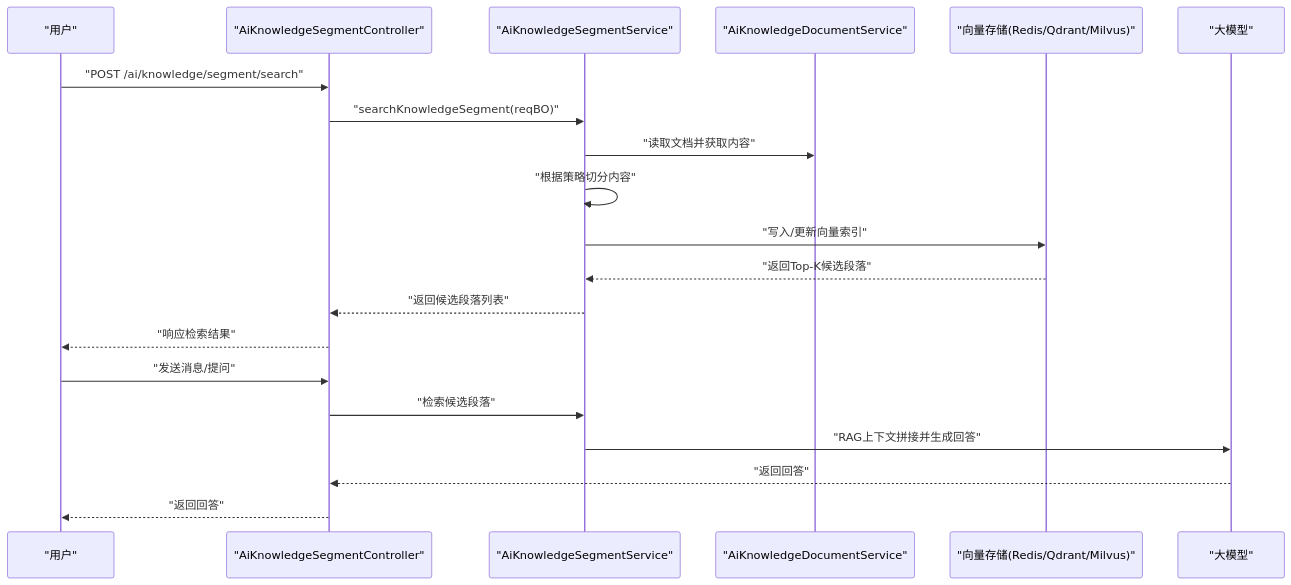
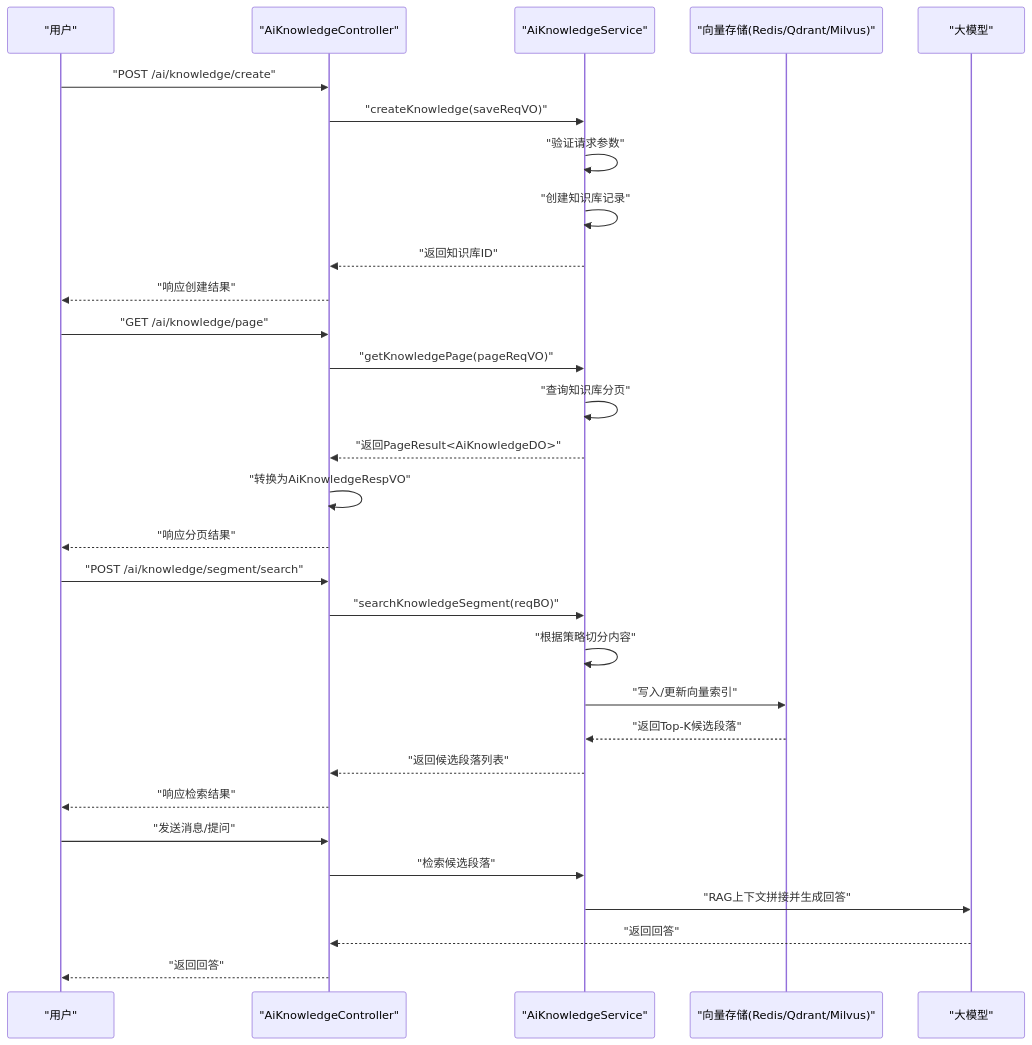
One commit to X555LB/data-ai changed the second of 8 diagrams in .qoder/repowiki/zh/content/知识库管理系统/知识库管理系统.md. Above: the diagram before and after it, drawn with Mermaid. The commit also changed other lines of this file and 31 other files, not shown here.

````diff
--- a/.qoder/repowiki/zh/content/知识库管理系统/知识库管理系统.md
+++ b/.qoder/repowiki/zh/content/知识库管理系统/知识库管理系统.md
@@ -111,22 +135,32 @@
 ```mermaid
 sequenceDiagram
 participant U as "用户"
-participant C as "AiKnowledgeSegmentController"
-participant S as "AiKnowledgeSegmentService"
-participant D as "AiKnowledgeDocumentService"
+participant C as "AiKnowledgeController"
+participant S as "AiKnowledgeService"
 participant VS as "向量存储(Redis/Qdrant/Milvus)"
 participant LLM as "大模型"
+U->>C : "POST /ai/knowledge/create"
+C->>S : "createKnowledge(saveReqVO)"
+S->>S : "验证请求参数"
+S->>S : "创建知识库记录"
+S-->>C : "返回知识库ID"
+C-->>U : "响应创建结果"
+U->>C : "GET /ai/knowledge/page"
+C->>S : "getKnowledgePage(pageReqVO)"
+S->>S : "查询知识库分页"
+S-->>C : "返回PageResult<AiKnowledgeDO>"
+C->>C : "转换为AiKnowledgeRespVO"
+C-->>U : "响应分页结果"
 U->>C : "POST /ai/knowledge/segment/search"
 C->>S : "searchKnowledgeSegment(reqBO)"
-S->>D : "读取文档并获取内容"
 S->>S : "根据策略切分内容"
 S->>VS : "写入/更新向量索引"
 VS-->>S : "返回Top-K候选段落"
 S-->>C : "返回候选段落列表"
 C-->>U : "响应检索结果"
 U->>C : "发送消息/提问"
 C->>S : "检索候选段落"
 S->>LLM : "RAG上下文拼接并生成回答"
 LLM-->>C : "返回回答"
 C-->>U : "返回回答"
 ```
````
